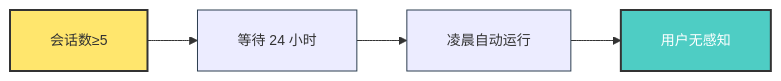
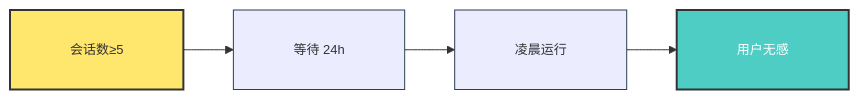
Before and after one commit to yufengyuanx/blog: the seventh of 11 diagrams in docs/research/claude-code-auto-dream.md, drawn with Mermaid. The commit also changed other lines of this file, not shown here.

Commit message:
fix: 最终优化 Mermaid 图表（13px 字体 + 10px 边距 + 30px padding + 精简文字）

````diff
--- a/docs/research/claude-code-auto-dream.md
+++ b/docs/research/claude-code-auto-dream.md
@@ -465,10 +458,10 @@
 ```mermaid
-%%{init: {'theme': 'default', 'themeVariables': { 'fontSize': '14px', 'nodeBorder': '#2c3e50', 'clusterBkg': '#f8f9fa', 'nodeTextMargin': 4 }, 'flowchart': { 'curve': 'basis', 'padding': 20 }}}%%
+%%{init: {'theme': 'default', 'themeVariables': { 'fontSize': '13px', 'nodeBorder': '#2c3e50', 'clusterBkg': '#f8f9fa', 'nodeTextMargin': 10 }, 'flowchart': { 'curve': 'basis', 'padding': 30 }}}%%
 graph LR
-    A[会话数≥5] --> B[等待 24 小时]
-    B --> C[凌晨自动运行]
-    C --> D[用户无感知]
+    A[会话数≥5] --> B[等待 24h]
+    B --> C[凌晨运行]
+    C --> D[用户无感]
     
     style A fill:#ffe66d,stroke:#333,stroke-width:2px
     style D fill:#4ecdc4,color:#fff,stroke:#333,stroke-width:2px
 ```
````
